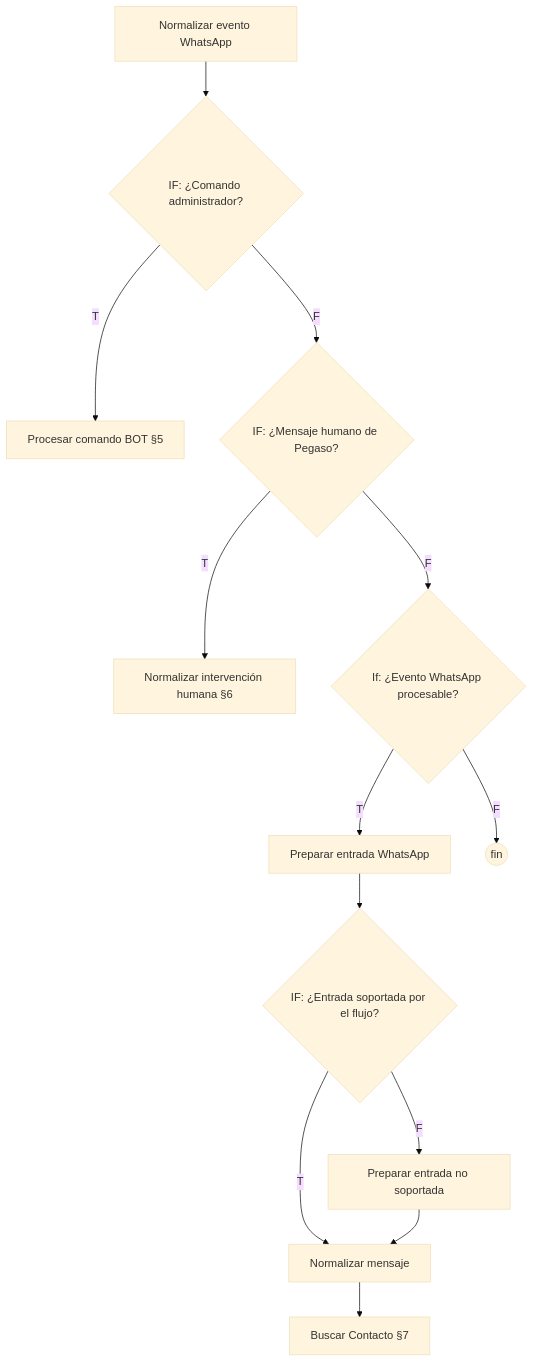
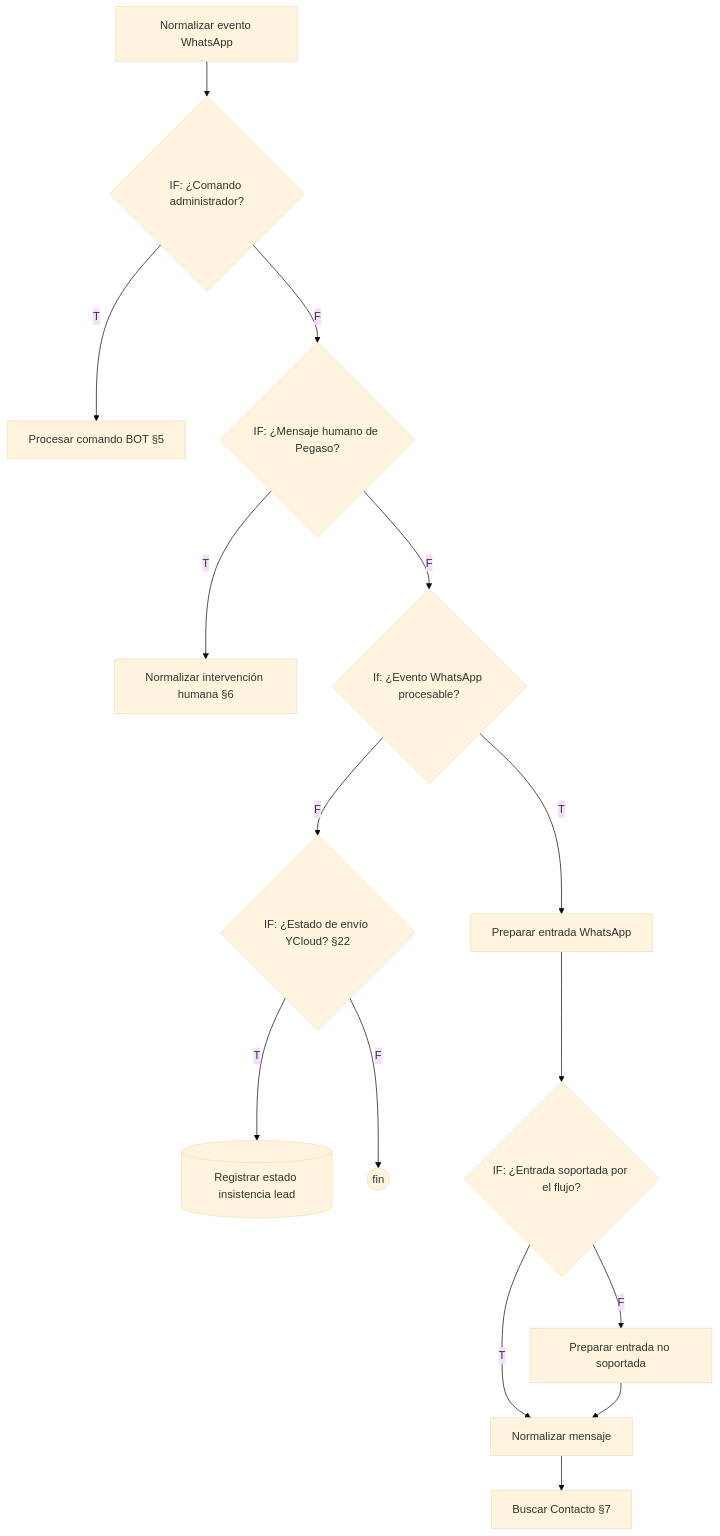
Before and after one commit to Theborycuas/pegaso-n8n: the third of 20 diagrams in docs/FLUJO-WORKFLOW-PEGASO.md, drawn with Mermaid (base theme). The commit also changed other lines of this file and 32 other files, not shown here.

````diff
--- a/docs/FLUJO-WORKFLOW-PEGASO.md
+++ b/docs/FLUJO-WORKFLOW-PEGASO.md
@@ -120,14 +120,16 @@
 ```mermaid
 flowchart TD
     NEV[Normalizar evento WhatsApp] --> CMD{IF: ¿Comando administrador?}
     CMD -->|T| PCB[Procesar comando BOT §5]
     CMD -->|F| HUM{IF: ¿Mensaje humano de Pegaso?}
     HUM -->|T| NIH[Normalizar intervención humana §6]
     HUM -->|F| PRO{If: ¿Evento WhatsApp procesable?}
     PRO -->|T| PEW[Preparar entrada WhatsApp]
-    PRO -->|F| FIN1((fin))
+    PRO -->|F| EST{IF: ¿Estado de envío YCloud? §22}
+    EST -->|T| RES[(Registrar estado insistencia lead)]
+    EST -->|F| FIN1((fin))
     PEW --> SOP{IF: ¿Entrada soportada por el flujo?}
     SOP -->|T| NM[Normalizar mensaje]
     SOP -->|F| PNS[Preparar entrada no soportada] --> NM
     NM --> BC[Buscar Contacto §7]
 ```
````
